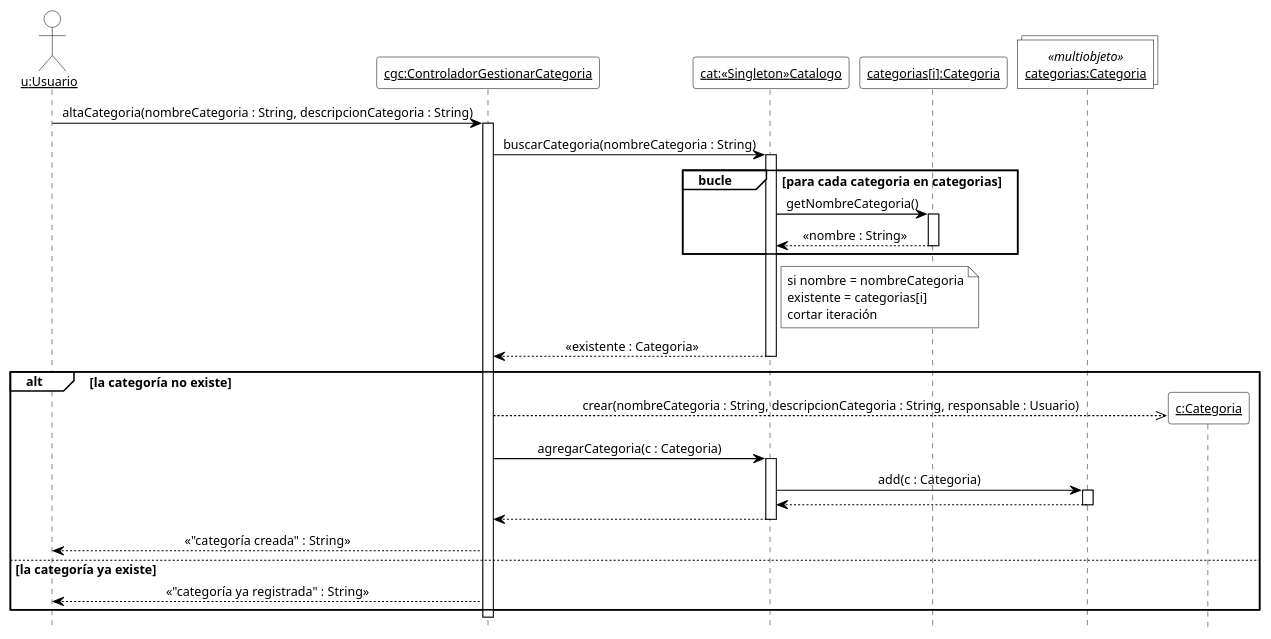
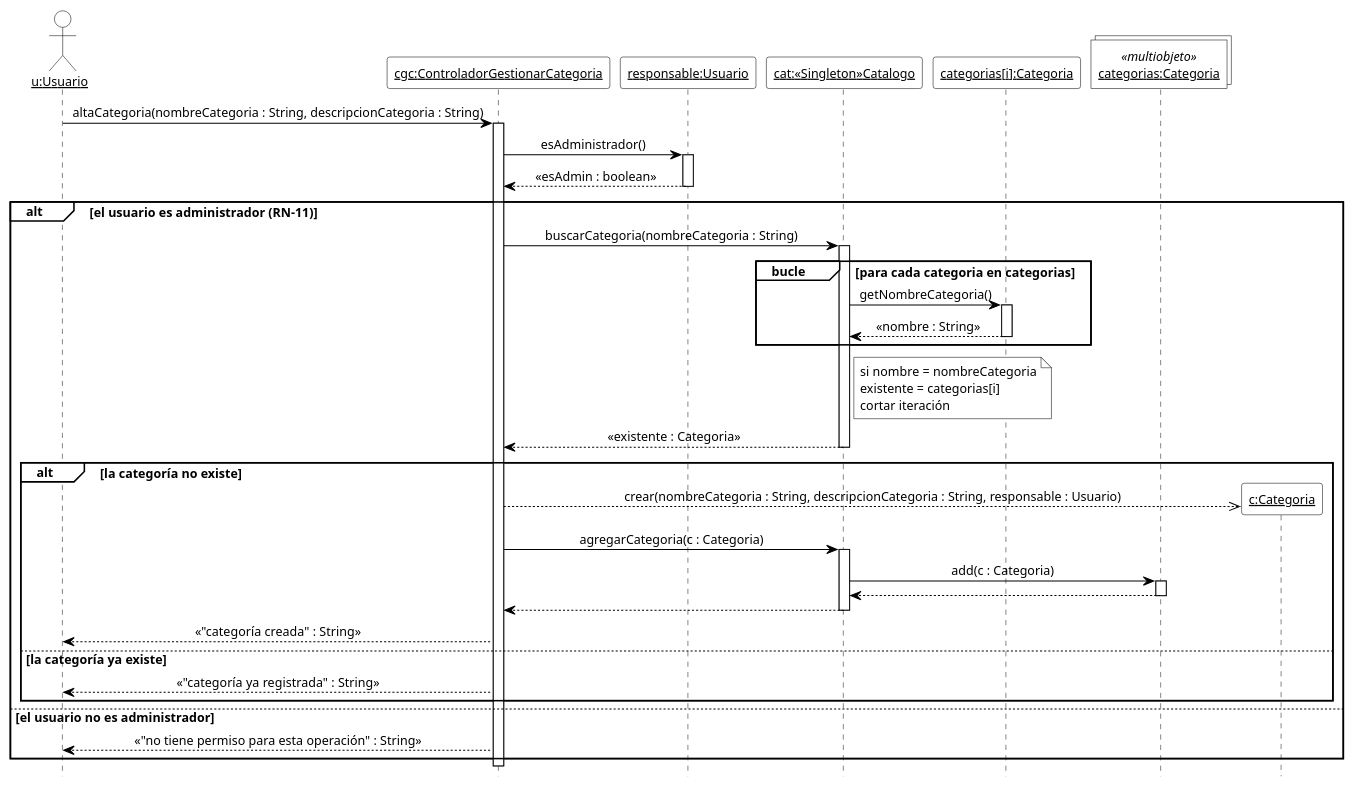
One commit to cirotop/Stock-Project changed the fifth of 18 diagrams in 08-Diagrama De Secuencia/Diagramas_de_Secuencia.md. Above: the diagram before and after it, drawn with PlantUML. The commit also changed other lines of this file and 20 other files, not shown here.

````diff
--- a/08-Diagrama De Secuencia/Diagramas_de_Secuencia.md
+++ b/08-Diagrama De Secuencia/Diagramas_de_Secuencia.md
@@ -308,57 +331,64 @@
 ```plantuml
 @startuml DSD_CU-03_altaCategoria
 ' Diagrama de Secuencia de Diseño (DSD) - CU-03 Gestionar categoría - altaCategoria
 ' Estilo de los ejemplos de la teoría (introducirArticulo / crearNuevaVenta).
 hide footbox
 skinparam shadowing false
 skinparam defaultFontName Arial
 skinparam defaultFontSize 12
 skinparam sequenceMessageAlign center
 skinparam ArrowColor black
 skinparam ParticipantBackgroundColor white
 skinparam ParticipantBorderColor black
 skinparam CollectionsBackgroundColor white
 skinparam CollectionsBorderColor black
 skinparam ActorBackgroundColor white
 skinparam ActorBorderColor black
 skinparam LifeLineBorderColor black
 skinparam LifeLineBackgroundColor white
 skinparam SequenceGroupBackgroundColor white
 skinparam SequenceGroupBorderColor black
 skinparam SequenceGroupHeaderFontColor black
 skinparam NoteBackgroundColor white
 skinparam NoteBorderColor black
 
 actor "<u>u:Usuario</u>" as u
 participant "<u>cgc:ControladorGestionarCategoria</u>" as cgc
+participant "<u>responsable:Usuario</u>" as resp
 participant "<u>cat:«Singleton»Catalogo</u>" as cat
 participant "<u>categorias[i]:Categoria</u>" as ki
 collections "<u>categorias:Categoria</u>" as mc <<multiobjeto>>
 
 u -> cgc ++ : altaCategoria(nombreCategoria : String, descripcionCategoria : String)
-cgc -> cat ++ : buscarCategoria(nombreCategoria : String)
-group bucle [para cada categoria en categorias]
-  cat -> ki ++ : getNombreCategoria()
-  ki --> cat -- : «nombre : String»
-end
-note right of cat
-  si nombre = nombreCategoria
-  existente = categorias[i]
-  cortar iteración
-end note
-cat --> cgc -- : «existente : Categoria»
-alt la categoría no existe
-  create participant "<u>c:Categoria</u>" as c
-  cgc -->> c : crear(nombreCategoria : String, descripcionCategoria : String, responsable : Usuario)
-  cgc -> cat ++ : agregarCategoria(c : Categoria)
-  cat -> mc ++ : add(c : Categoria)
-  mc --> cat --
-  cat --> cgc --
-  cgc --> u : «"categoría creada" : String»
-else la categoría ya existe
-  cgc --> u : «"categoría ya registrada" : String»
+cgc -> resp ++ : esAdministrador()
+resp --> cgc -- : «esAdmin : boolean»
+alt el usuario es administrador (RN-11)
+  cgc -> cat ++ : buscarCategoria(nombreCategoria : String)
+  group bucle [para cada categoria en categorias]
+    cat -> ki ++ : getNombreCategoria()
+    ki --> cat -- : «nombre : String»
+  end
+  note right of cat
+    si nombre = nombreCategoria
+    existente = categorias[i]
+    cortar iteración
+  end note
+  cat --> cgc -- : «existente : Categoria»
+  alt la categoría no existe
+    create participant "<u>c:Categoria</u>" as c
+    cgc -->> c : crear(nombreCategoria : String, descripcionCategoria : String, responsable : Usuario)
+    cgc -> cat ++ : agregarCategoria(c : Categoria)
+    cat -> mc ++ : add(c : Categoria)
+    mc --> cat --
+    cat --> cgc --
+    cgc --> u : «"categoría creada" : String»
+  else la categoría ya existe
+    cgc --> u : «"categoría ya registrada" : String»
+  end
+else el usuario no es administrador
+  cgc --> u : «"no tiene permiso para esta operación" : String»
 end
 deactivate cgc
 
 @enduml
 ```
````
